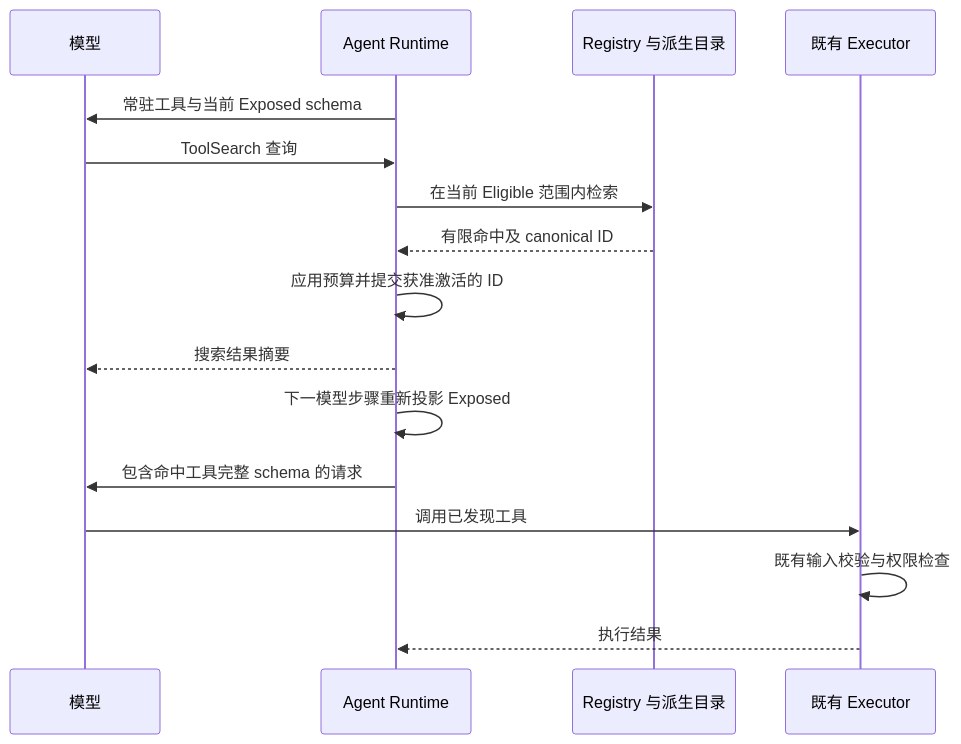
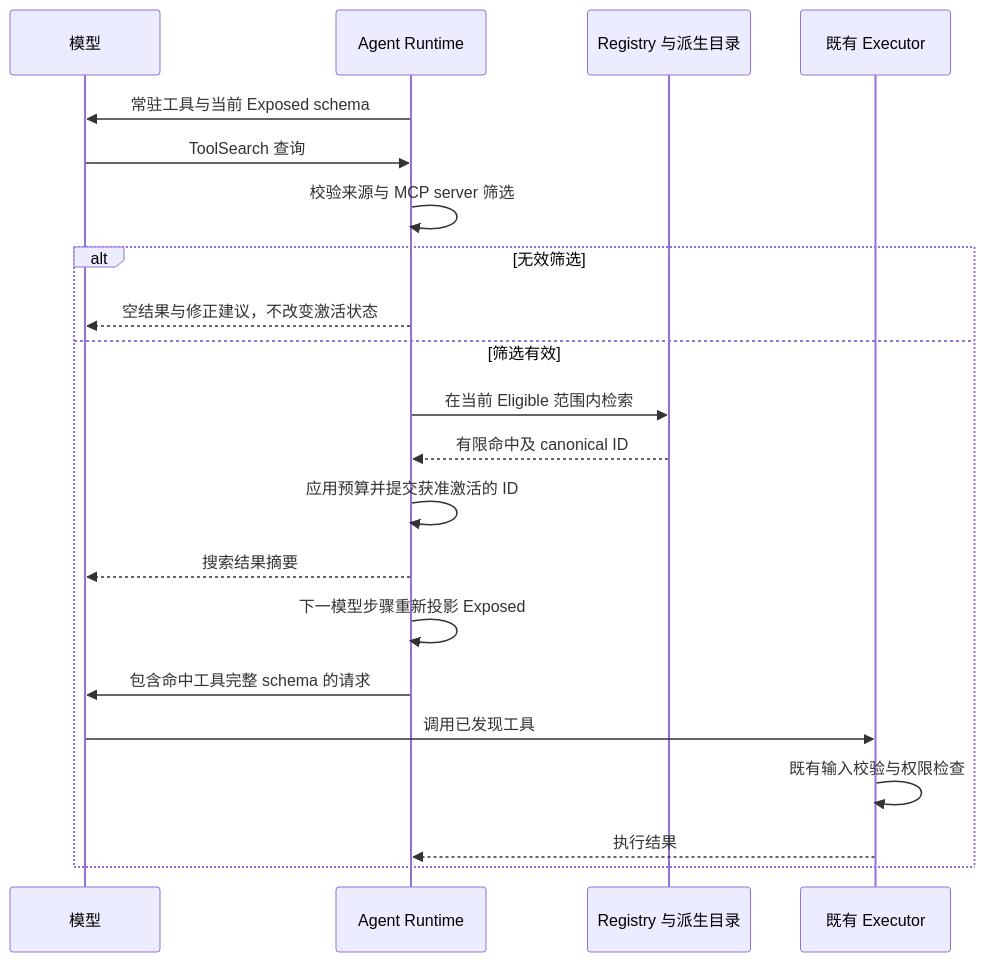
The first of 2 diagrams in specs/agent-tool-optimization/tool-search/SPEC.md (hammer2dev/mythic-harness), drawn with Mermaid before and after one commit. The commit also changed other lines of this file and 4 other files, not shown here.

````diff
--- a/specs/agent-tool-optimization/tool-search/SPEC.md
+++ b/specs/agent-tool-optimization/tool-search/SPEC.md
@@ -131,18 +148,23 @@
 ```mermaid
 sequenceDiagram
     participant M as 模型
     participant R as Agent Runtime
     participant G as Registry 与派生目录
     participant E as 既有 Executor
     R->>M: 常驻工具与当前 Exposed schema
     M->>R: ToolSearch 查询
+    R->>R: 校验来源与 MCP server 筛选
+    alt 无效筛选
+    R-->>M: 空结果与修正建议，不改变激活状态
+    else 筛选有效
     R->>G: 在当前 Eligible 范围内检索
     G-->>R: 有限命中及 canonical ID
     R->>R: 应用预算并提交获准激活的 ID
     R-->>M: 搜索结果摘要
     R->>R: 下一模型步骤重新投影 Exposed
     R->>M: 包含命中工具完整 schema 的请求
     M->>E: 调用已发现工具
     E->>E: 既有输入校验与权限检查
     E-->>R: 执行结果
+    end
 ```
````
